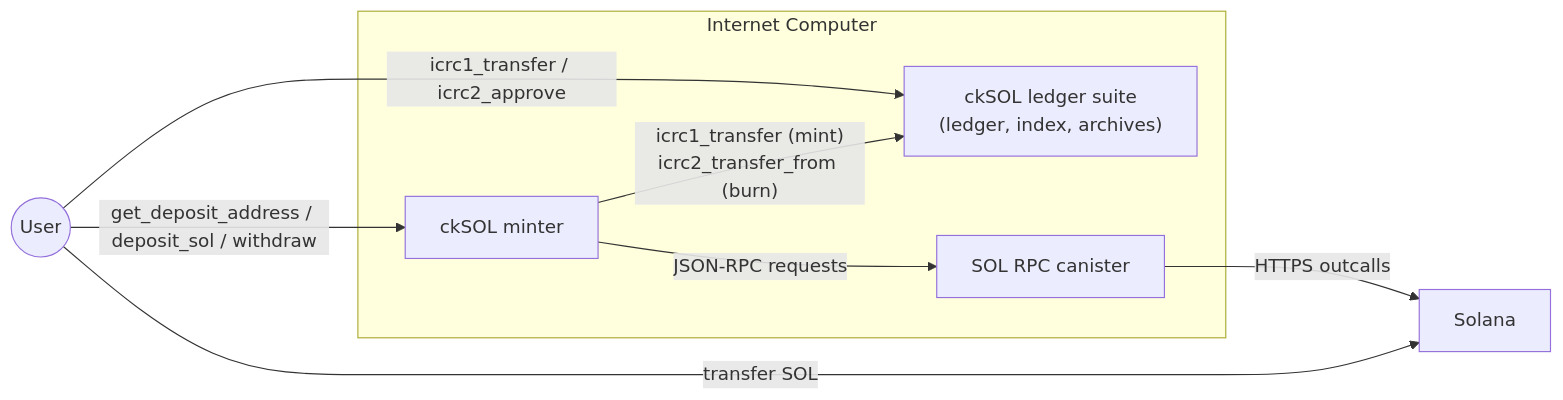
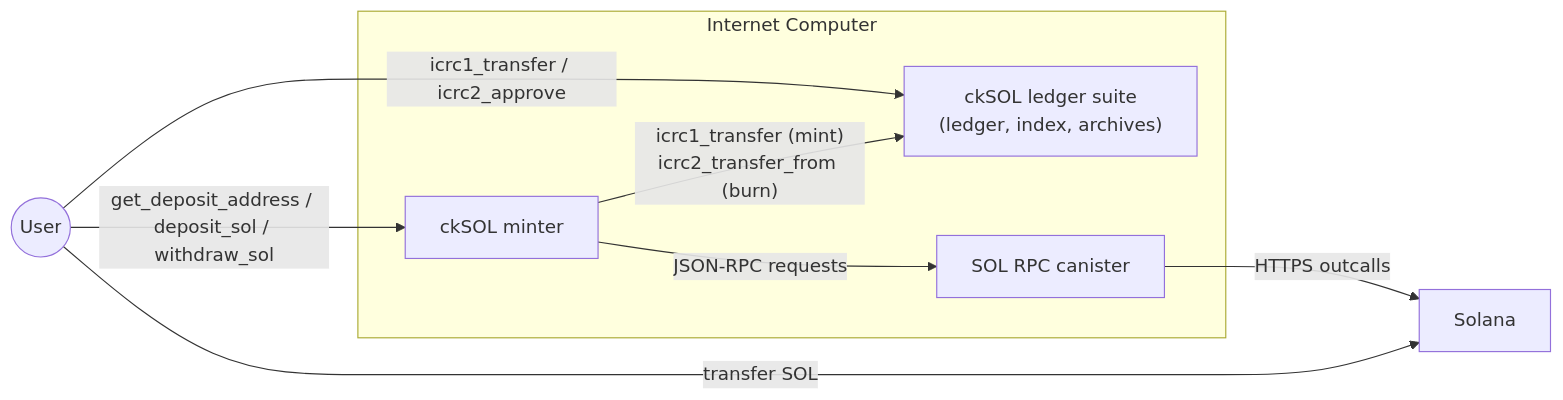
One commit to dfinity/cksol changed the first of 8 diagrams in docs/design.md. Above: the diagram before and after it, drawn with Mermaid. The commit also changed other lines of this file and 7 other files, not shown here.

First line of the commit message:
refactor(minter)!: rename the withdraw endpoint to withdraw_sol

````diff
--- a/docs/design.md
+++ b/docs/design.md
@@ -48,17 +48,17 @@
 ```mermaid
 graph LR
     User((User))
     subgraph IC["Internet Computer"]
         Minter["ckSOL minter"]
         Ledger["ckSOL ledger suite<br/>(ledger, index, archives)"]
         RPC["SOL RPC canister"]
     end
     Solana["Solana"]
 
-    User -- "get_deposit_address / deposit_sol / withdraw" --> Minter
+    User -- "get_deposit_address / deposit_sol / withdraw_sol" --> Minter
     User -- "icrc1_transfer / icrc2_approve" --> Ledger
     Minter -- "icrc1_transfer (mint)<br/>icrc2_transfer_from (burn)" --> Ledger
     Minter -- "JSON-RPC requests" --> RPC
     RPC -- "HTTPS outcalls" --> Solana
     User -- "transfer SOL" --> Solana
 ```
````
